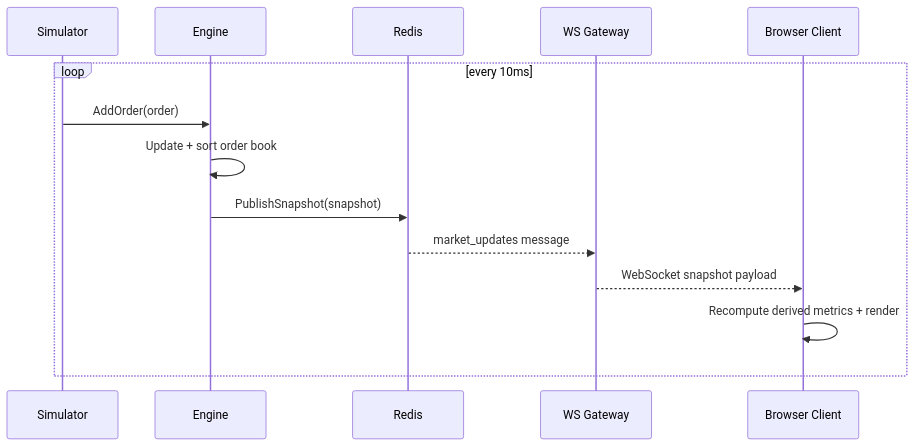
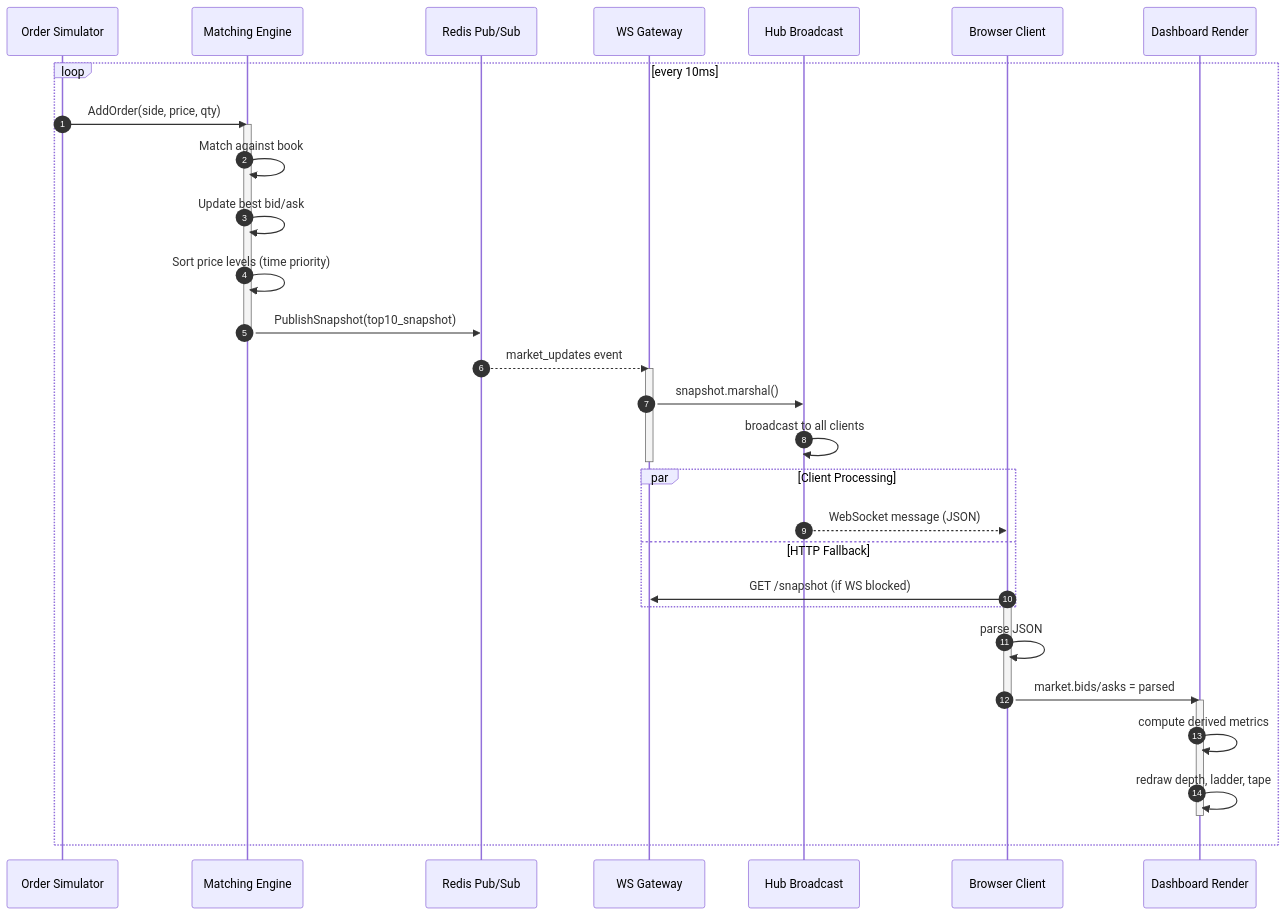
One commit to Mohammad77Radwan/go-distributed-orderbook changed the eighth of 15 diagrams in README.md. Above: the diagram before and after it, drawn with Mermaid. The commit also changed other lines of this file, not shown here.

First line of the commit message:
docs: comprehensive README enhancement with advanced diagrams and technical depth

````diff
--- a/README.md
+++ b/README.md
@@ -46,17 +322,43 @@
 ```mermaid
 sequenceDiagram
-		participant S as Simulator
-		participant E as Engine
-		participant R as Redis
-		participant G as WS Gateway
-		participant C as Browser Client
-
-		loop every 10ms
-				S->>E: AddOrder(order)
-				E->>E: Update + sort order book
-				E->>R: PublishSnapshot(snapshot)
-				R-->>G: market_updates message
-				G-->>C: WebSocket snapshot payload
-				C->>C: Recompute derived metrics + render
-		end
+    autonumber
+    participant SIM as Order Simulator
+    participant ENG as Matching Engine
+    participant REDIS as Redis Pub/Sub
+    participant GATE as WS Gateway
+    participant HUB as Hub Broadcast
+    participant CLIENT as Browser Client
+    participant UI as Dashboard Render
+    
+    loop every 10ms
+        SIM->>ENG: AddOrder(side, price, qty)
+        activate ENG
+        ENG->>ENG: Match against book
+        ENG->>ENG: Update best bid/ask
+        ENG->>ENG: Sort price levels (time priority)
+        ENG->>REDIS: PublishSnapshot(top10_snapshot)
+        deactivate ENG
+        
+        REDIS-->>GATE: market_updates event
+        activate GATE
+        GATE->>HUB: snapshot.marshal()
+        HUB->>HUB: broadcast to all clients
+        deactivate GATE
+        
+        par Client Processing
+            HUB-->>CLIENT: WebSocket message (JSON)
+        and HTTP Fallback
+            CLIENT->>GATE: GET /snapshot (if WS blocked)
+        end
+        
+        activate CLIENT
+        CLIENT->>CLIENT: parse JSON
+        CLIENT->>UI: market.bids/asks = parsed
+        deactivate CLIENT
+        
+        activate UI
+        UI->>UI: compute derived metrics
+        UI->>UI: redraw depth, ladder, tape
+        deactivate UI
+    end
 ```
````
